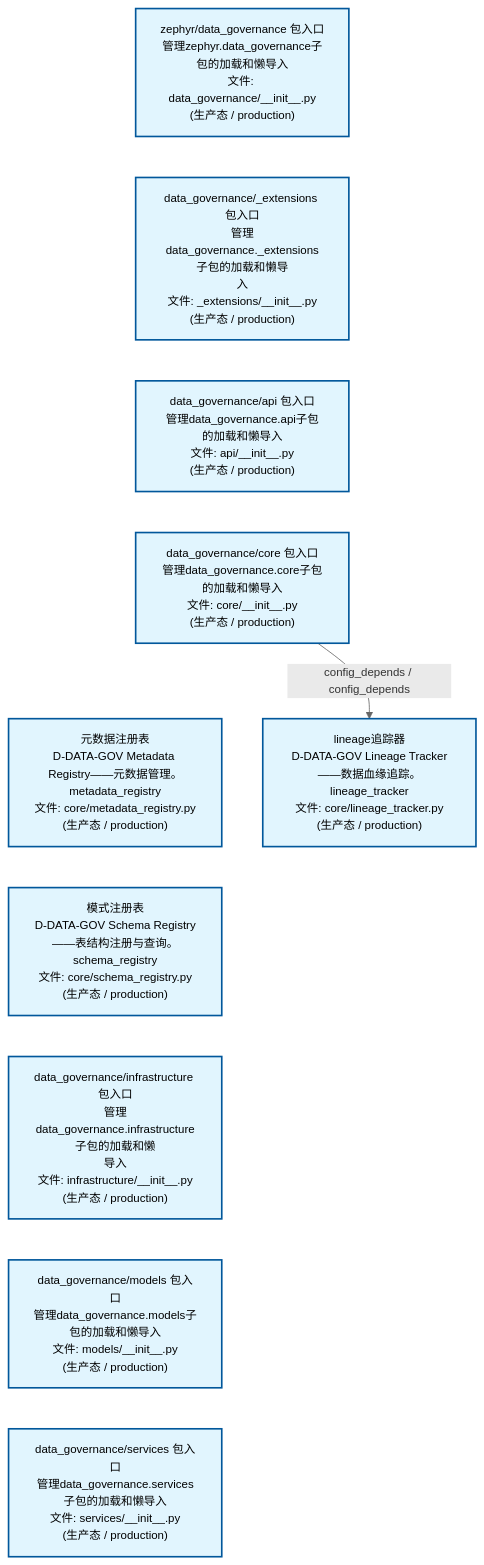
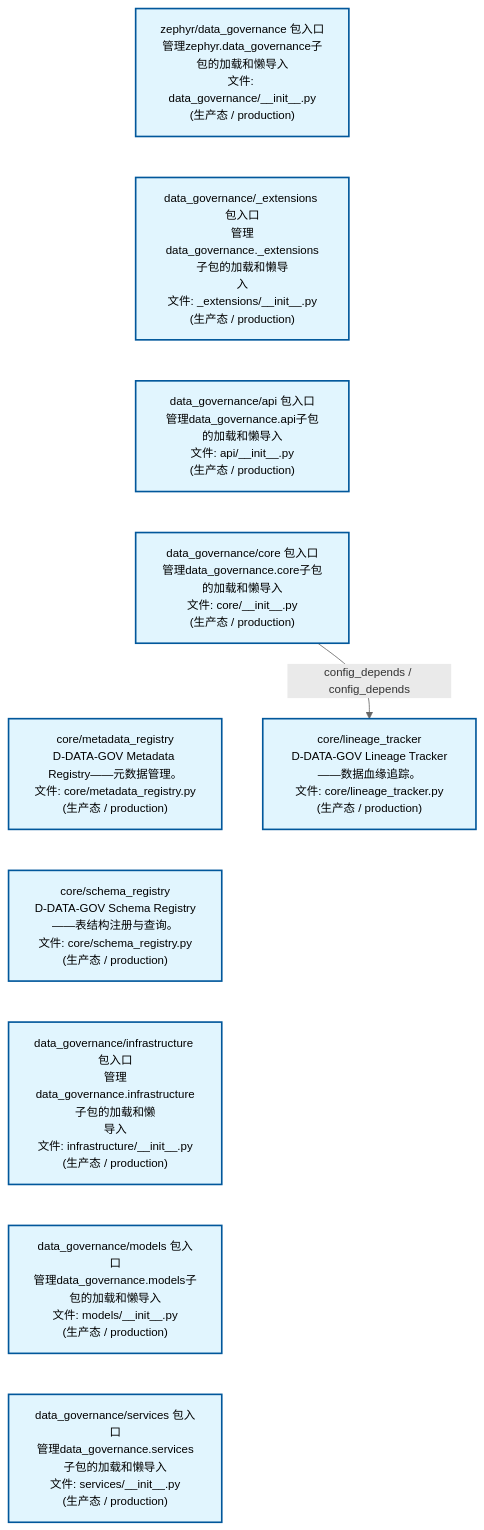
One commit to xuanFelixVan/ZephyrAlpha changed the first of 2 diagrams in docs/02_enterprise_architecture/02_domain_architecture_docs/13_d_data_gov.md. Above: the diagram before and after it, drawn with Mermaid. The commit also changed other lines of this file and 58 other files, not shown here.

````diff
--- a/docs/02_enterprise_architecture/02_domain_architecture_docs/13_d_data_gov.md
+++ b/docs/02_enterprise_architecture/02_domain_architecture_docs/13_d_data_gov.md
@@ -53,28 +53,28 @@
 ```mermaid
 %%{init: {'theme': 'base', 'themeVariables': {'primaryColor': '#eaeaea', 'primaryTextColor': '#333333', 'primaryBorderColor': '#666666', 'lineColor': '#666666', 'secondaryColor': '#eaeaea', 'tertiaryColor': '#eaeaea', 'fontSize': '14px'}}}%%
 flowchart TD
     src_zephyr_data_governance_init_py["zephyr/data_governance 包入口<br/>管理zephyr.data_governance子包的加载和懒导入<br/>文件: data_governance/__init__.py<br/>(生产态 / production)"]
     src_zephyr_data_governance_extensions_init_py["data_governance/_extensions 包入口<br/>管理data_governance._extensions子包的加载和懒导<br/>入<br/>文件: _extensions/__init__.py<br/>(生产态 / production)"]
     src_zephyr_data_governance_api_init_py["data_governance/api 包入口<br/>管理data_governance.api子包的加载和懒导入<br/>文件: api/__init__.py<br/>(生产态 / production)"]
     src_zephyr_data_governance_core_init_py["data_governance/core 包入口<br/>管理data_governance.core子包的加载和懒导入<br/>文件: core/__init__.py<br/>(生产态 / production)"]
-    src_zephyr_data_governance_core_metadata_registry_py["元数据注册表<br/>D-DATA-GOV Metadata Registry——元数据管理。<br/>metadata_registry<br/>文件: core/metadata_registry.py<br/>(生产态 / production)"]
-    src_zephyr_data_governance_core_schema_registry_py["模式注册表<br/>D-DATA-GOV Schema Registry——表结构注册与查询。<br/>schema_registry<br/>文件: core/schema_registry.py<br/>(生产态 / production)"]
+    src_zephyr_data_governance_core_metadata_registry_py["core/metadata_registry<br/>D-DATA-GOV Metadata Registry——元数据管理。<br/>文件: core/metadata_registry.py<br/>(生产态 / production)"]
+    src_zephyr_data_governance_core_schema_registry_py["core/schema_registry<br/>D-DATA-GOV Schema Registry——表结构注册与查询。<br/>文件: core/schema_registry.py<br/>(生产态 / production)"]
     src_zephyr_data_governance_infrastructure_init_py["data_governance/infrastructure 包入口<br/>管理data_governance.infrastructure子包的加载和懒<br/>导入<br/>文件: infrastructure/__init__.py<br/>(生产态 / production)"]
     src_zephyr_data_governance_models_init_py["data_governance/models 包入口<br/>管理data_governance.models子包的加载和懒导入<br/>文件: models/__init__.py<br/>(生产态 / production)"]
     src_zephyr_data_governance_services_init_py["data_governance/services 包入口<br/>管理data_governance.services子包的加载和懒导入<br/>文件: services/__init__.py<br/>(生产态 / production)"]
     src_zephyr_data_governance_init_py ~~~ src_zephyr_data_governance_extensions_init_py
     src_zephyr_data_governance_extensions_init_py ~~~ src_zephyr_data_governance_api_init_py
     src_zephyr_data_governance_api_init_py ~~~ src_zephyr_data_governance_core_init_py
     src_zephyr_data_governance_core_init_py ~~~ src_zephyr_data_governance_core_metadata_registry_py
     src_zephyr_data_governance_core_metadata_registry_py ~~~ src_zephyr_data_governance_core_schema_registry_py
     src_zephyr_data_governance_core_schema_registry_py ~~~ src_zephyr_data_governance_infrastructure_init_py
     src_zephyr_data_governance_infrastructure_init_py ~~~ src_zephyr_data_governance_models_init_py
     src_zephyr_data_governance_models_init_py ~~~ src_zephyr_data_governance_services_init_py
-    src_zephyr_data_governance_core_lineage_tracker_py["lineage追踪器<br/>D-DATA-GOV Lineage Tracker——数据血缘追踪。<br/>lineage_tracker<br/>文件: core/lineage_tracker.py<br/>(生产态 / production)"]
+    src_zephyr_data_governance_core_lineage_tracker_py["core/lineage_tracker<br/>D-DATA-GOV Lineage Tracker——数据血缘追踪。<br/>文件: core/lineage_tracker.py<br/>(生产态 / production)"]
     src_zephyr_data_governance_core_init_py -->|config_depends / config_depends| src_zephyr_data_governance_core_lineage_tracker_py
     classDef production fill:#e1f5fe,stroke:#01579b,stroke-width:2px,color:#000
     classDef design fill:#fff3e0,stroke:#e65100,stroke-width:2px,color:#000,stroke-dasharray: 5 5
     classDef external_prod fill:#e8f4fd,stroke:#0277bd,stroke-width:1px,color:#000
     classDef external_design fill:#fff8e7,stroke:#ef6c00,stroke-width:1px,color:#000,stroke-dasharray: 5 5
     class src_zephyr_data_governance_init_py,src_zephyr_data_governance_extensions_init_py,src_zephyr_data_governance_api_init_py,src_zephyr_data_governance_core_init_py,src_zephyr_data_governance_core_lineage_tracker_py,src_zephyr_data_governance_core_metadata_registry_py,src_zephyr_data_governance_core_schema_registry_py,src_zephyr_data_governance_infrastructure_init_py,src_zephyr_data_governance_models_init_py,src_zephyr_data_governance_services_init_py production
 ```
````
